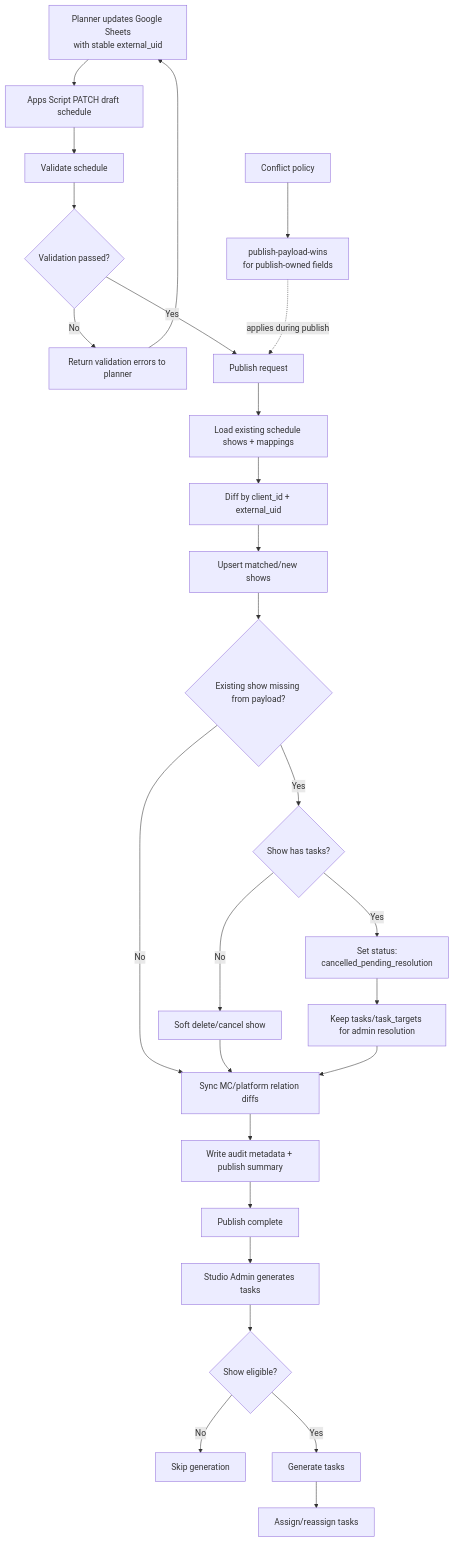
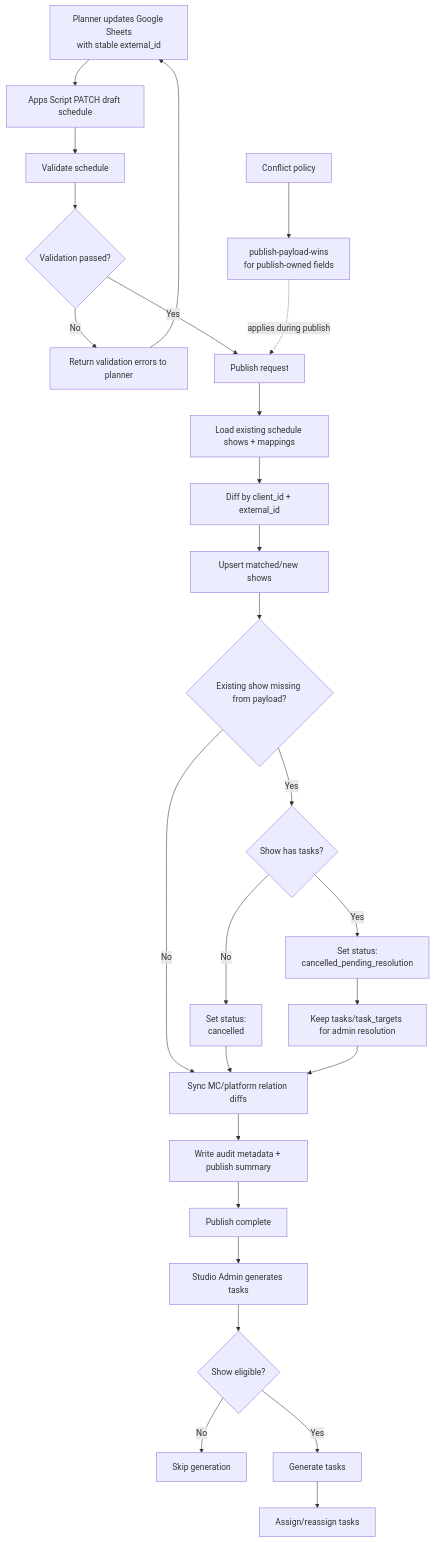
Before and after one commit to allenlin90/eridu-services: the second of 2 diagrams in apps/erify_api/docs/PRD_SCHEDULE_PLANNING_TASK_CONTINUITY.md, drawn with Mermaid. The commit also changed other lines of this file and 57 other files, not shown here.

````diff
--- a/apps/erify_api/docs/PRD_SCHEDULE_PLANNING_TASK_CONTINUITY.md
+++ b/apps/erify_api/docs/PRD_SCHEDULE_PLANNING_TASK_CONTINUITY.md
@@ -699,34 +700,34 @@
 ```mermaid
 flowchart TD
-    A[Planner updates Google Sheets<br/>with stable external_uid] --> B[Apps Script PATCH draft schedule]
+    A[Planner updates Google Sheets<br/>with stable external_id] --> B[Apps Script PATCH draft schedule]
     B --> C[Validate schedule]
     C --> D{Validation passed?}
     D -- No --> E[Return validation errors to planner]
     E --> A
     D -- Yes --> F[Publish request]
 
     F --> G[Load existing schedule shows + mappings]
-    G --> H[Diff by client_id + external_uid]
+    G --> H[Diff by client_id + external_id]
     H --> I[Upsert matched/new shows]
     I --> J{Existing show missing from payload?}
 
     J -- No --> K[Sync MC/platform relation diffs]
     J -- Yes --> L{Show has tasks?}
-    L -- No --> M[Soft delete/cancel show]
+    L -- No --> M[Set status:<br/>cancelled]
     L -- Yes --> N[Set status:<br/>cancelled_pending_resolution]
     N --> O[Keep tasks/task_targets for admin resolution]
     M --> K
     O --> K
 
     K --> P[Write audit metadata + publish summary]
     P --> Q[Publish complete]
 
     Q --> R[Studio Admin generates tasks]
     R --> S{Show eligible?}
     S -- No --> T[Skip generation]
     S -- Yes --> U[Generate tasks]
     U --> V[Assign/reassign tasks]
 
     W[Conflict policy] --> X[publish-payload-wins<br/>for publish-owned fields]
     X -.applies during publish.-> F
 ```
````
